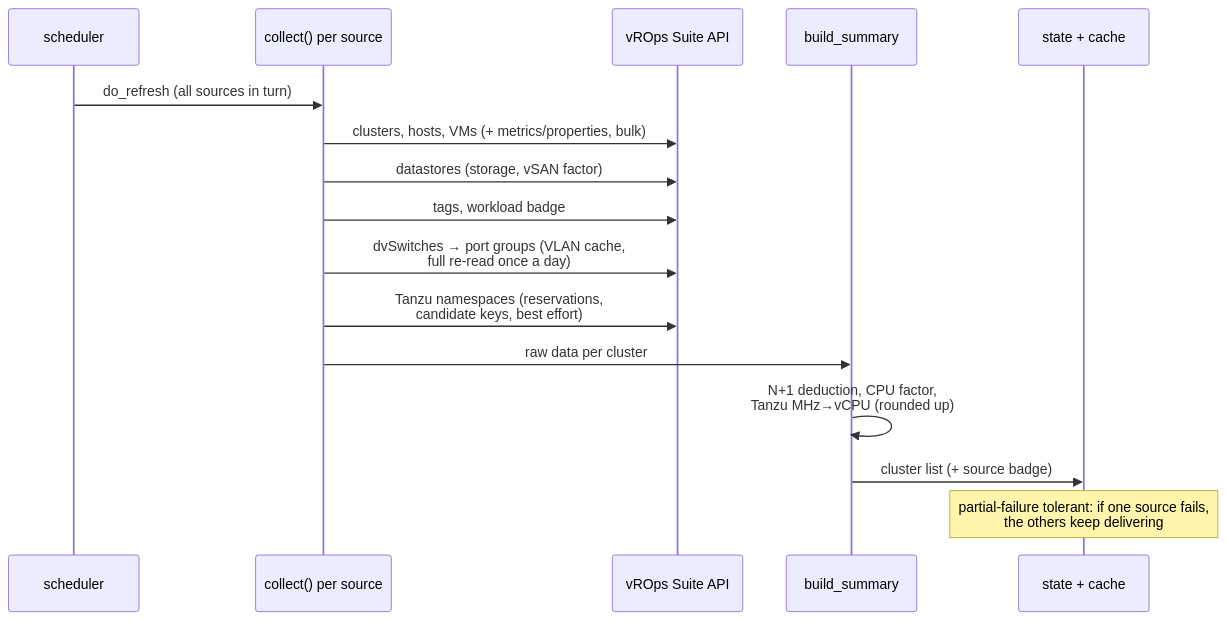
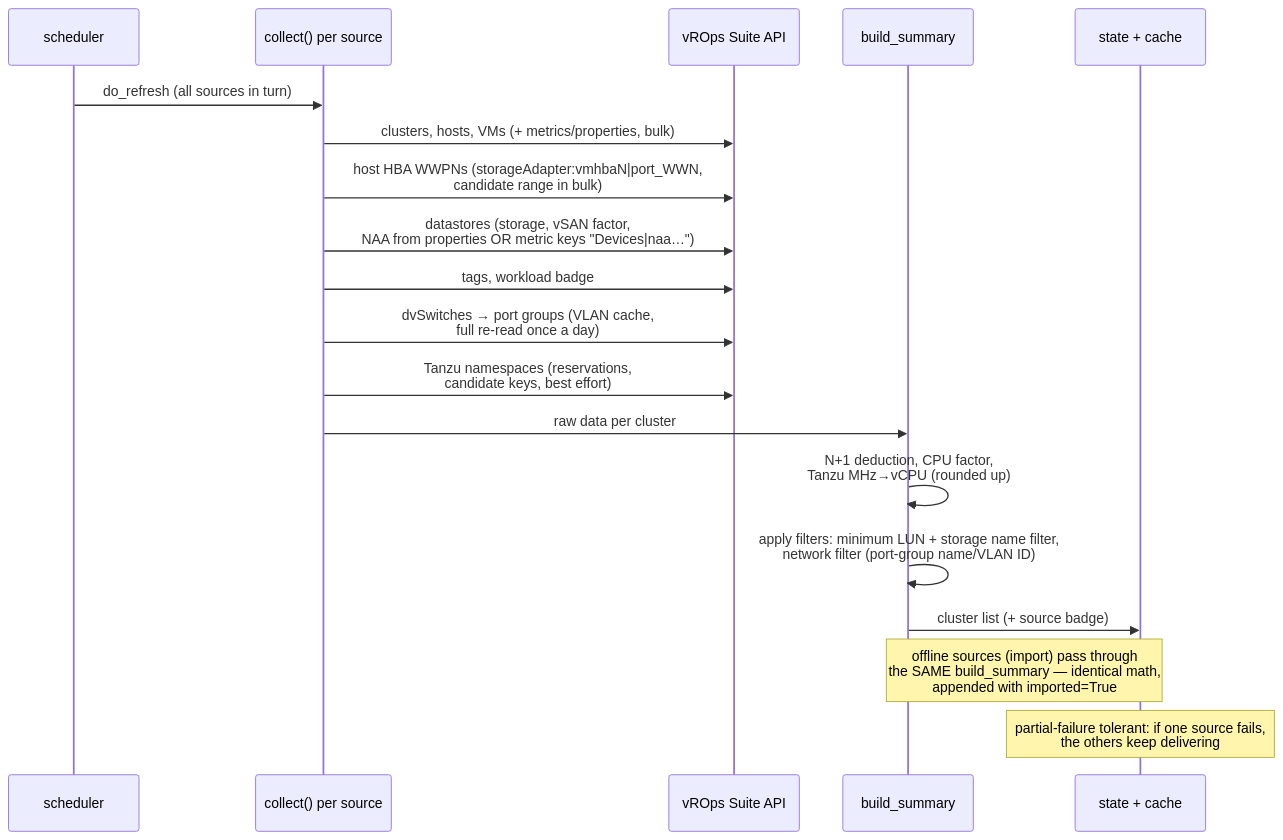
Before and after one commit to marcobockelbrink/vmware: the third of 6 diagrams in docs/ARCHITECTURE.en.md, drawn with Mermaid. The commit also changed other lines of this file and 1 other file, not shown here.

````diff
--- a/docs/ARCHITECTURE.en.md
+++ b/docs/ARCHITECTURE.en.md
@@ -97,19 +99,22 @@
 ```mermaid
 sequenceDiagram
     participant S as scheduler
     participant C as collect() per source
     participant V as vROps Suite API
     participant B as build_summary
     participant ST as state + cache
 
     S->>C: do_refresh (all sources in turn)
     C->>V: clusters, hosts, VMs (+ metrics/properties, bulk)
-    C->>V: datastores (storage, vSAN factor)
+    C->>V: host HBA WWPNs (storageAdapter:vmhbaN|port_WWN,<br/>candidate range in bulk)
+    C->>V: datastores (storage, vSAN factor,<br/>NAA from properties OR metric keys "Devices|naa…")
     C->>V: tags, workload badge
     C->>V: dvSwitches → port groups (VLAN cache,<br/>full re-read once a day)
     C->>V: Tanzu namespaces (reservations,<br/>candidate keys, best effort)
     C->>B: raw data per cluster
     B->>B: N+1 deduction, CPU factor,<br/>Tanzu MHz→vCPU (rounded up)
+    B->>B: apply filters: minimum LUN + storage name filter,<br/>network filter (port-group name/VLAN ID)
     B->>ST: cluster list (+ source badge)
+    Note over B,ST: offline sources (import) pass through<br/>the SAME build_summary — identical math,<br/>appended with imported=True
     Note over ST: partial-failure tolerant: if one source fails,<br/>the others keep delivering
 ```
````
